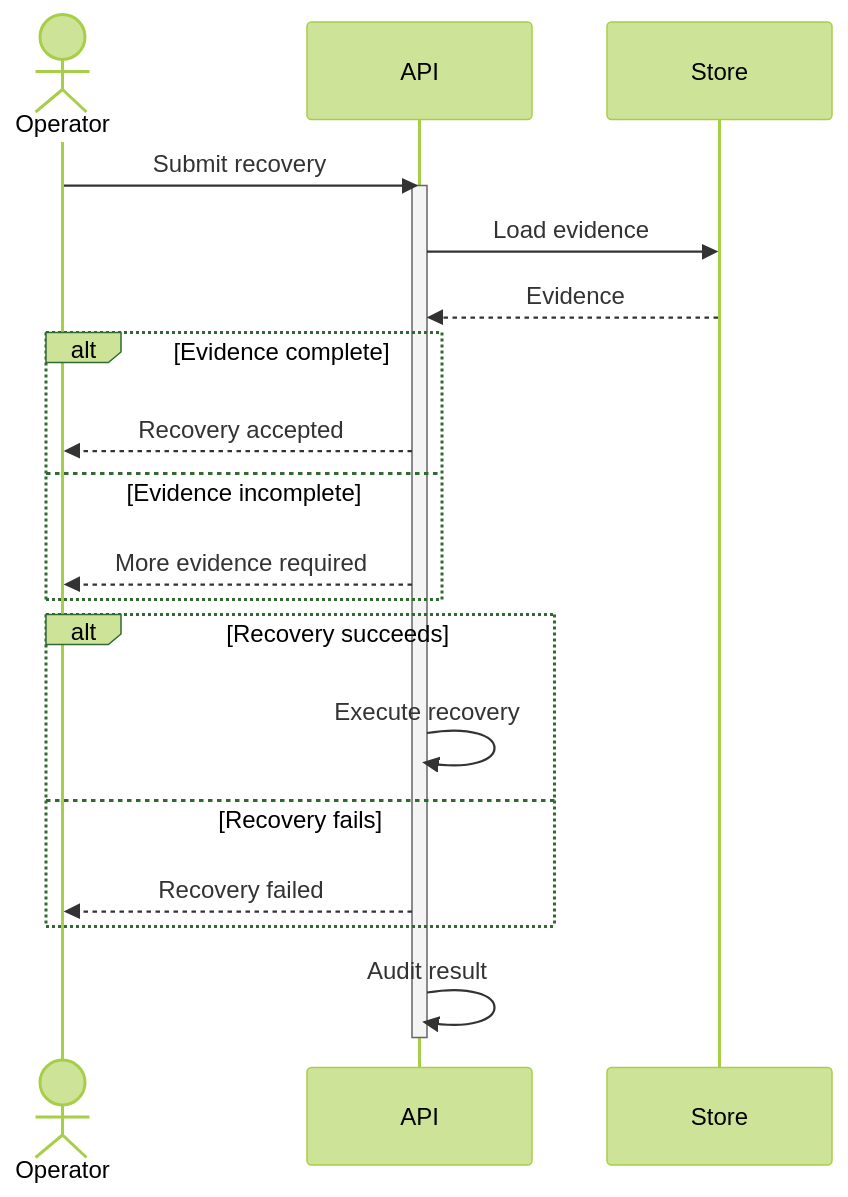
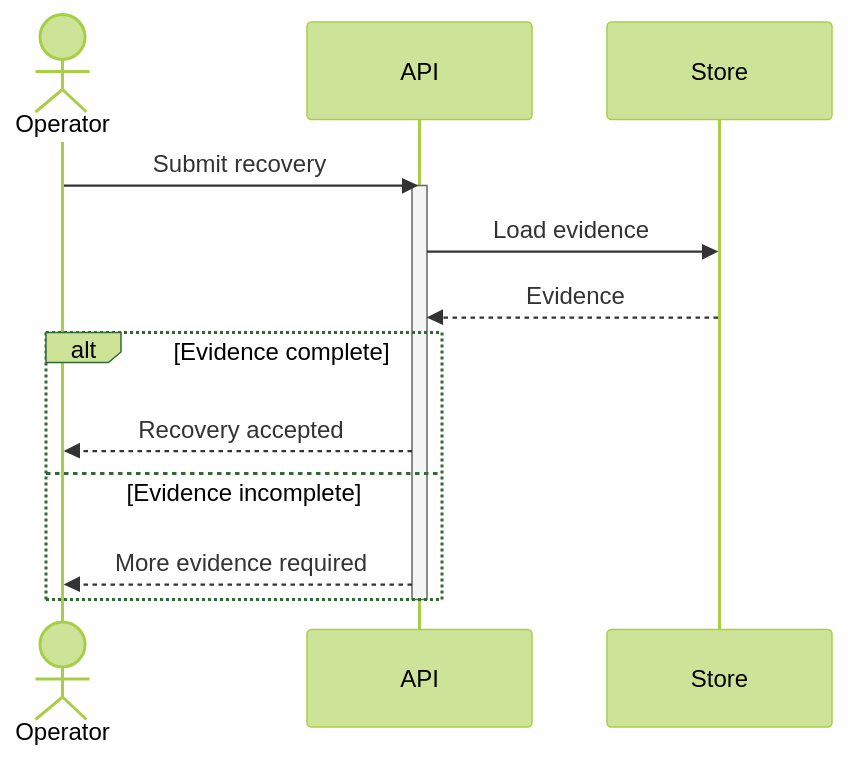
One commit to mols3131d/mols-agent-assets changed the third of 3 diagrams in src/rulesync/.rulesync/skills/mols-mermaid-diagram/references/examples/zenuml.md. Above: the diagram before and after it, drawn with Mermaid (forest theme). The commit also changed other lines of this file, not shown here.

Commit message:
docs(mermaid): deepen ZenUML example guidance

````diff
--- a/src/rulesync/.rulesync/skills/mols-mermaid-diagram/references/examples/zenuml.md
+++ b/src/rulesync/.rulesync/skills/mols-mermaid-diagram/references/examples/zenuml.md
@@ -65,26 +67,17 @@
 ```mermaid
 sequenceDiagram
     actor Operator
     participant API
     participant Store
 
     Operator->>API: Submit recovery
     activate API
     API->>Store: Load evidence
     Store-->>API: Evidence
-
     alt Evidence complete
         API-->>Operator: Recovery accepted
     else Evidence incomplete
         API-->>Operator: More evidence required
     end
-
-    alt Recovery succeeds
-        API->>API: Execute recovery
-    else Recovery fails
-        API-->>Operator: Recovery failed
-    end
-
-    API->>API: Audit result
     deactivate API
 ```
````
